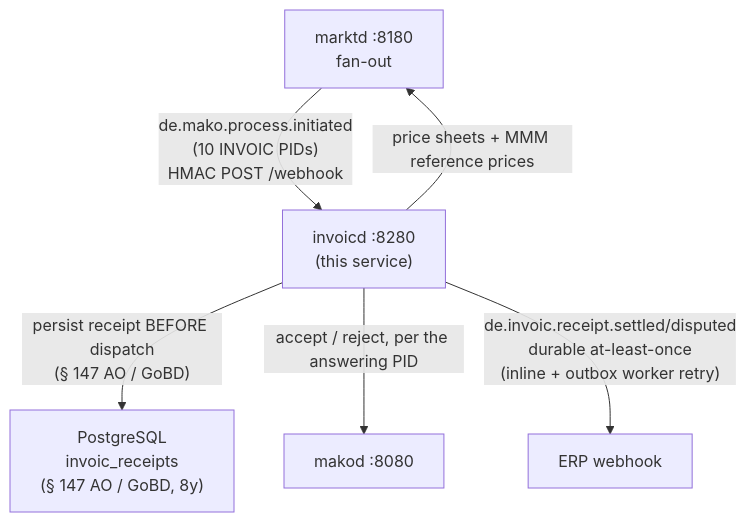
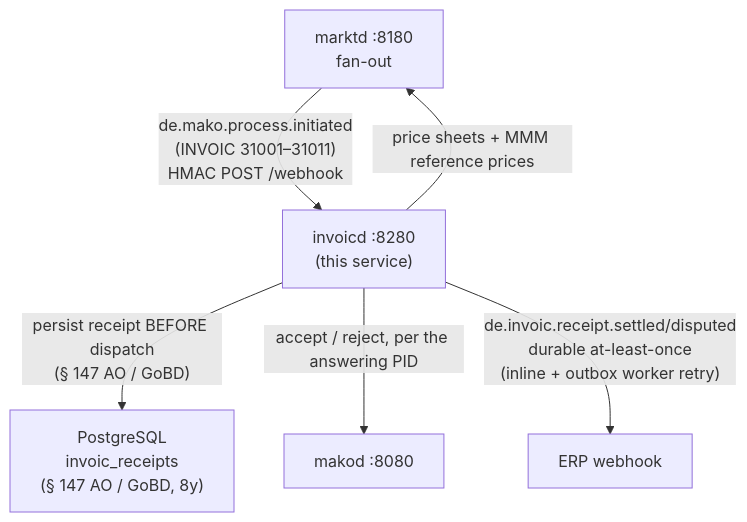
The first of 2 diagrams in site/content/docs/services/invoicd.md (hupe1980/mako), drawn with Mermaid before and after one commit. The commit also changed other lines of this file and 1091 other files, not shown here.

````diff
--- a/site/content/docs/services/invoicd.md
+++ b/site/content/docs/services/invoicd.md
@@ -41,13 +26,13 @@
 ```mermaid
 graph TB
     marktd["marktd :8180<br/>fan-out"]
     invoicd["invoicd :8280<br/>(this service)"]
     makod["makod :8080"]
     pg["PostgreSQL<br/>invoic_receipts<br/>(§ 147 AO / GoBD, 8y)"]
 
-    marktd -->|"de.mako.process.initiated<br/>(10 INVOIC PIDs)<br/>HMAC POST /webhook"| invoicd
+    marktd -->|"de.mako.process.initiated<br/>(INVOIC 31001–31011)<br/>HMAC POST /webhook"| invoicd
     invoicd -->|"price sheets + MMM reference prices"| marktd
     invoicd -->|"persist receipt BEFORE dispatch<br/>(§ 147 AO / GoBD)"| pg
     invoicd -->|"accept / reject, per the answering PID"| makod
     invoicd -->|"de.invoic.receipt.settled/disputed<br/>durable at-least-once<br/>(inline + outbox worker retry)"| erp["ERP webhook"]
 ```
````
